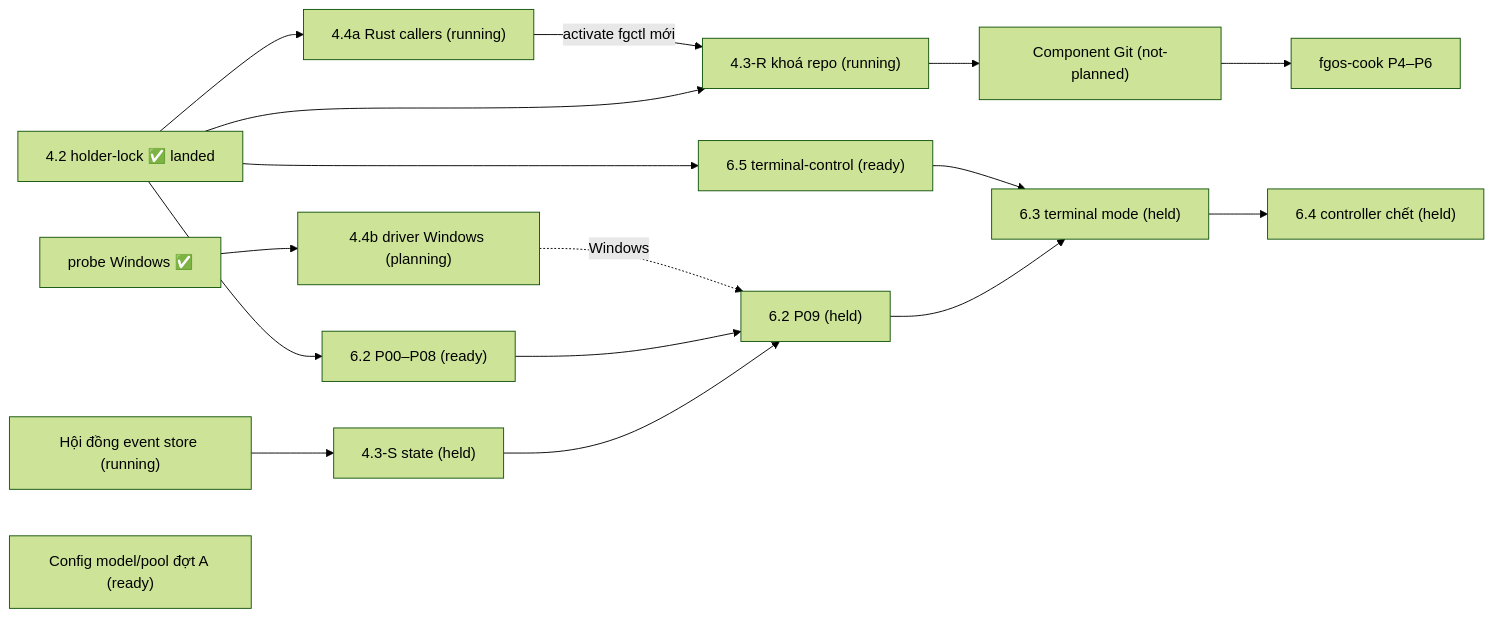
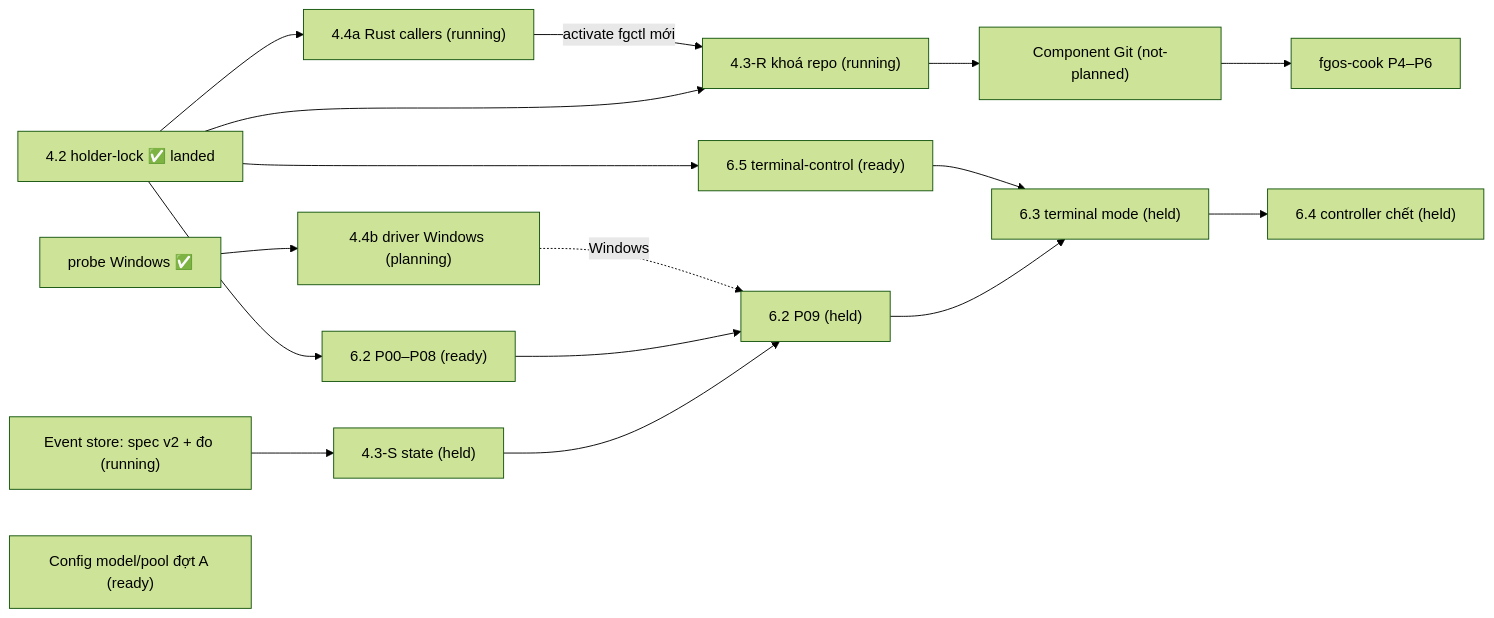
One commit to vantt/forgent changed the diagram in plans/261017-1313-fgos-platform-program-board/plan.md. Above: the diagram before and after it, drawn with Mermaid (forest theme). The commit also changed other lines of this file, not shown here.

Commit message:
docs(plan): update the event store row on the program board with the owner decisions and the running spec rewrite

````diff
--- a/plans/261017-1313-fgos-platform-program-board/plan.md
+++ b/plans/261017-1313-fgos-platform-program-board/plan.md
@@ -51,19 +51,19 @@
 ```mermaid
 flowchart LR
   L42["4.2 holder-lock ✅ landed"] --> L44a["4.4a Rust callers (running)"]
   L42 --> L43R["4.3-R khoá repo (running)"]
   L42 --> L65["6.5 terminal-control (ready)"]
   L42 --> L62a["6.2 P00–P08 (ready)"]
   L44a -->|activate fgctl mới| L43R
-  ES["Hội đồng event store (running)"] --> L43S["4.3-S state (held)"]
+  ES["Event store: spec v2 + đo (running)"] --> L43S["4.3-S state (held)"]
   L43S --> L62b["6.2 P09 (held)"]
   L62a --> L62b
   L62b --> L63["6.3 terminal mode (held)"]
   L65 --> L63
   L63 --> L64["6.4 controller chết (held)"]
   PROBE["probe Windows ✅"] --> L44b["4.4b driver Windows (planning)"]
   L44b -.Windows.-> L62b
   L43R --> GIT["Component Git (not-planned)"]
   GIT --> COOK["fgos-cook P4–P6"]
   MPA["Config model/pool đợt A (ready)"]
 ```
````
